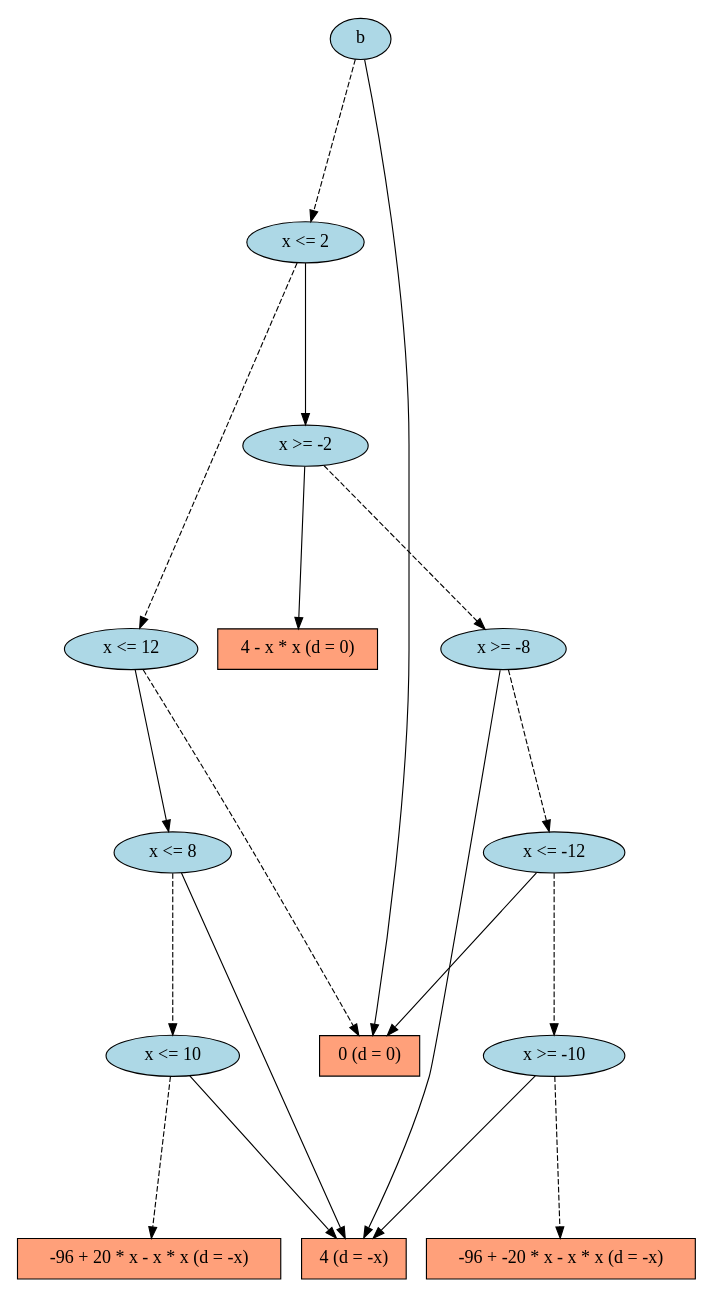
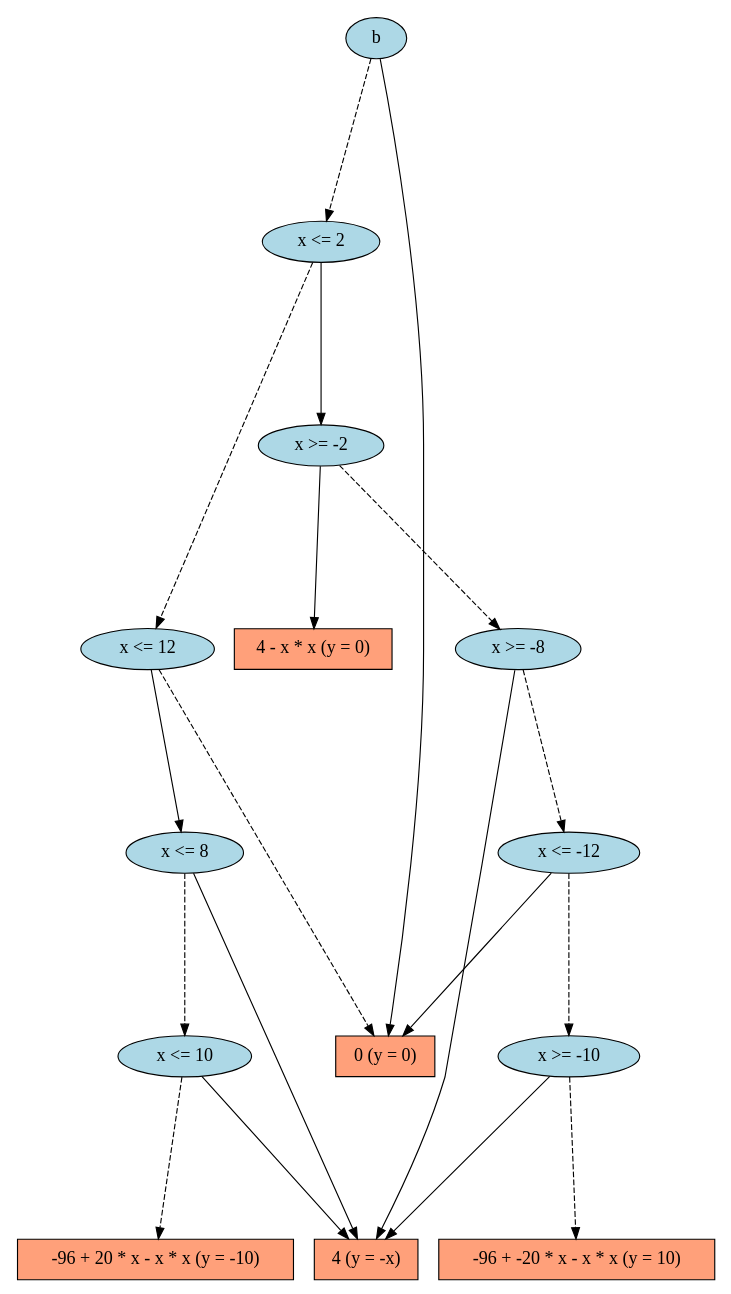
One commit to ssanner/xadd-inference changed the diagram in docs/papers/linquad/Figures1/V_2.dot. Above: the diagram before and after it, drawn with Graphviz. The commit also changed 6 other files, not shown here.

```diff
--- a/docs/papers/linquad/Figures1/V_2.dot
+++ b/docs/papers/linquad/Figures1/V_2.dot
@@ -1,37 +1,37 @@
 digraph G { 
 graph [ fontname = "Helvetica",fontsize="16",ratio = "auto",
         size="7.5,10",ranksep="2.00" ];
 node [fontsize="16"];
 "504" [label="x >= -2",fillcolor=lightblue,color=black,shape=ellipse,style=filled];
 "509" [label="b",fillcolor=lightblue,color=black,shape=ellipse,style=filled];
 "508" [label="x <= 2",fillcolor=lightblue,color=black,shape=ellipse,style=filled];
 "371" [label="x <= 10",fillcolor=lightblue,color=black,shape=ellipse,style=filled];
-"209" [label="-96 + -20 * x - x * x (d = -x)",fillcolor=lightsalmon,color=black,shape=box,style=filled];
-"2" [label="4 (d = -x)",fillcolor=lightsalmon,color=black,shape=box,style=filled];
-"1" [label="0 (d = 0)",fillcolor=lightsalmon,color=black,shape=box,style=filled];
-"181" [label="-96 + 20 * x - x * x (d = -x)",fillcolor=lightsalmon,color=black,shape=box,style=filled];
+"209" [label="-96 + -20 * x - x * x (y = 10)",fillcolor=lightsalmon,color=black,shape=box,style=filled];
+"2" [label="4 (y = -x)",fillcolor=lightsalmon,color=black,shape=box,style=filled];
+"1" [label="0 (y = 0)",fillcolor=lightsalmon,color=black,shape=box,style=filled];
+"181" [label="-96 + 20 * x - x * x (y = -10)",fillcolor=lightsalmon,color=black,shape=box,style=filled];
 "457" [label="x >= -8",fillcolor=lightblue,color=black,shape=ellipse,style=filled];
-"5" [label="4 - x * x (d = 0)",fillcolor=lightsalmon,color=black,shape=box,style=filled];
+"5" [label="4 - x * x (y = 0)",fillcolor=lightsalmon,color=black,shape=box,style=filled];
 "455" [label="x >= -10",fillcolor=lightblue,color=black,shape=ellipse,style=filled];
 "456" [label="x <= -12",fillcolor=lightblue,color=black,shape=ellipse,style=filled];
 "400" [label="x <= 12",fillcolor=lightblue,color=black,shape=ellipse,style=filled];
 "399" [label="x <= 8",fillcolor=lightblue,color=black,shape=ellipse,style=filled];
 "504" -> "457" [color=black,style=dashed];
 "504" -> "5" [color=black,style=solid];
 "509" -> "1" [color=black,style=solid];
 "509" -> "508" [color=black,style=dashed];
 "508" -> "504" [color=black,style=solid];
 "508" -> "400" [color=black,style=dashed];
 "371" -> "2" [color=black,style=solid];
 "371" -> "181" [color=black,style=dashed];
 "457" -> "2" [color=black,style=solid];
 "457" -> "456" [color=black,style=dashed];
 "455" -> "2" [color=black,style=solid];
 "455" -> "209" [color=black,style=dashed];
 "456" -> "1" [color=black,style=solid];
 "456" -> "455" [color=black,style=dashed];
 "400" -> "1" [color=black,style=dashed];
 "400" -> "399" [color=black,style=solid];
 "399" -> "2" [color=black,style=solid];
 "399" -> "371" [color=black,style=dashed];
 }
```
